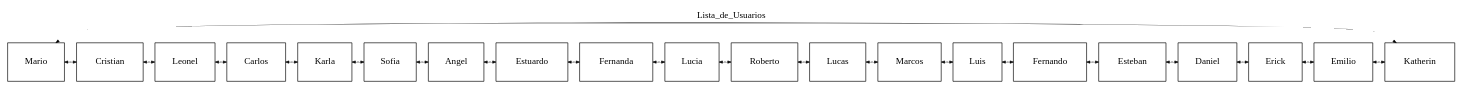
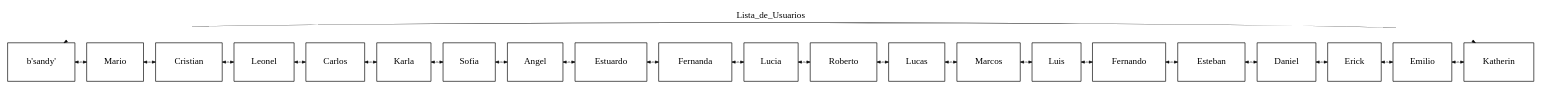
Before and after one commit to mariotun/EDD_1S2019_P1_201602942: the diagram in user_list.dot, drawn with Graphviz. The commit also changed 11 other files, not shown here.

```diff
--- a/user_list.dot
+++ b/user_list.dot
@@ -1,28 +1,29 @@
 digraph Lista_Simple{
  label=Lista_de_Usuarios; 
  labelloc=t; 
 node[margin=0.3 fontcolor=black shape=box];
 {rank=same;
- <Lista_Circular_doble.NodeLCD object at 0x7f71b76bceb8>[label="Mario"];
-<Lista_Circular_doble.NodeLCD object at 0x7f71b76bcef0>[label="Cristian"];
-<Lista_Circular_doble.NodeLCD object at 0x7f71b76bcf60>[label="Leonel"];
-<Lista_Circular_doble.NodeLCD object at 0x7f71b76bcfd0>[label="Carlos"];
-<Lista_Circular_doble.NodeLCD object at 0x7f71b76cb080>[label="Karla"];
-<Lista_Circular_doble.NodeLCD object at 0x7f71b76cb0f0>[label="Sofia"];
-<Lista_Circular_doble.NodeLCD object at 0x7f71b76cb160>[label="Angel"];
-<Lista_Circular_doble.NodeLCD object at 0x7f71b76cb1d0>[label="Estuardo"];
-<Lista_Circular_doble.NodeLCD object at 0x7f71b76cb208>[label="Fernanda"];
-<Lista_Circular_doble.NodeLCD object at 0x7f71b76cb240>[label="Lucia"];
-<Lista_Circular_doble.NodeLCD object at 0x7f71b76cb2e8>[label="Roberto"];
-<Lista_Circular_doble.NodeLCD object at 0x7f71b76cb320>[label="Lucas"];
-<Lista_Circular_doble.NodeLCD object at 0x7f71b76cb390>[label="Marcos"];
-<Lista_Circular_doble.NodeLCD object at 0x7f71b76cb400>[label="Luis"];
-<Lista_Circular_doble.NodeLCD object at 0x7f71b76cb470>[label="Fernando"];
-<Lista_Circular_doble.NodeLCD object at 0x7f71b76cb4e0>[label="Esteban"];
-<Lista_Circular_doble.NodeLCD object at 0x7f71b76cb518>[label="Daniel"];
-<Lista_Circular_doble.NodeLCD object at 0x7f71b76cb588>[label="Erick"];
-<Lista_Circular_doble.NodeLCD object at 0x7f71b76cb5f8>[label="Emilio"];
-<Lista_Circular_doble.NodeLCD object at 0x7f71b76cb668>[label="Katherin"];
-<Lista_Circular_doble.NodeLCD object at 0x7f71b76bceb8>-><Lista_Circular_doble.NodeLCD object at 0x7f71b76bcef0>-><Lista_Circular_doble.NodeLCD object at 0x7f71b76bcf60>-><Lista_Circular_doble.NodeLCD object at 0x7f71b76bcfd0>-><Lista_Circular_doble.NodeLCD object at 0x7f71b76cb080>-><Lista_Circular_doble.NodeLCD object at 0x7f71b76cb0f0>-><Lista_Circular_doble.NodeLCD object at 0x7f71b76cb160>-><Lista_Circular_doble.NodeLCD object at 0x7f71b76cb1d0>-><Lista_Circular_doble.NodeLCD object at 0x7f71b76cb208>-><Lista_Circular_doble.NodeLCD object at 0x7f71b76cb240>-><Lista_Circular_doble.NodeLCD object at 0x7f71b76cb2e8>-><Lista_Circular_doble.NodeLCD object at 0x7f71b76cb320>-><Lista_Circular_doble.NodeLCD object at 0x7f71b76cb390>-><Lista_Circular_doble.NodeLCD object at 0x7f71b76cb400>-><Lista_Circular_doble.NodeLCD object at 0x7f71b76cb470>-><Lista_Circular_doble.NodeLCD object at 0x7f71b76cb4e0>-><Lista_Circular_doble.NodeLCD object at 0x7f71b76cb518>-><Lista_Circular_doble.NodeLCD object at 0x7f71b76cb588>-><Lista_Circular_doble.NodeLCD object at 0x7f71b76cb5f8>-><Lista_Circular_doble.NodeLCD object at 0x7f71b76cb668>-><Lista_Circular_doble.NodeLCD object at 0x7f71b76bceb8>
+ <Lista_Circular_doble.NodeLCD object at 0x7fb0d9ca6c50>[label="b'sandy'"];
+<Lista_Circular_doble.NodeLCD object at 0x7fb0d9cb1160>[label="Mario"];
+<Lista_Circular_doble.NodeLCD object at 0x7fb0d9cb1198>[label="Cristian"];
+<Lista_Circular_doble.NodeLCD object at 0x7fb0d9cb1208>[label="Leonel"];
+<Lista_Circular_doble.NodeLCD object at 0x7fb0d9cb1278>[label="Carlos"];
+<Lista_Circular_doble.NodeLCD object at 0x7fb0d9cb12e8>[label="Karla"];
+<Lista_Circular_doble.NodeLCD object at 0x7fb0d9cb1358>[label="Sofia"];
+<Lista_Circular_doble.NodeLCD object at 0x7fb0d9cb13c8>[label="Angel"];
+<Lista_Circular_doble.NodeLCD object at 0x7fb0d9cb1438>[label="Estuardo"];
+<Lista_Circular_doble.NodeLCD object at 0x7fb0d9cb1470>[label="Fernanda"];
+<Lista_Circular_doble.NodeLCD object at 0x7fb0d9cb14a8>[label="Lucia"];
+<Lista_Circular_doble.NodeLCD object at 0x7fb0d9cb1550>[label="Roberto"];
+<Lista_Circular_doble.NodeLCD object at 0x7fb0d9cb1588>[label="Lucas"];
+<Lista_Circular_doble.NodeLCD object at 0x7fb0d9cb15f8>[label="Marcos"];
+<Lista_Circular_doble.NodeLCD object at 0x7fb0d9cb1668>[label="Luis"];
+<Lista_Circular_doble.NodeLCD object at 0x7fb0d9cb16d8>[label="Fernando"];
+<Lista_Circular_doble.NodeLCD object at 0x7fb0d9cb1748>[label="Esteban"];
+<Lista_Circular_doble.NodeLCD object at 0x7fb0d9cb1780>[label="Daniel"];
+<Lista_Circular_doble.NodeLCD object at 0x7fb0d9cb17f0>[label="Erick"];
+<Lista_Circular_doble.NodeLCD object at 0x7fb0d9cb1860>[label="Emilio"];
+<Lista_Circular_doble.NodeLCD object at 0x7fb0d9cb18d0>[label="Katherin"];
+<Lista_Circular_doble.NodeLCD object at 0x7fb0d9ca6c50>-><Lista_Circular_doble.NodeLCD object at 0x7fb0d9cb1160>-><Lista_Circular_doble.NodeLCD object at 0x7fb0d9cb1198>-><Lista_Circular_doble.NodeLCD object at 0x7fb0d9cb1208>-><Lista_Circular_doble.NodeLCD object at 0x7fb0d9cb1278>-><Lista_Circular_doble.NodeLCD object at 0x7fb0d9cb12e8>-><Lista_Circular_doble.NodeLCD object at 0x7fb0d9cb1358>-><Lista_Circular_doble.NodeLCD object at 0x7fb0d9cb13c8>-><Lista_Circular_doble.NodeLCD object at 0x7fb0d9cb1438>-><Lista_Circular_doble.NodeLCD object at 0x7fb0d9cb1470>-><Lista_Circular_doble.NodeLCD object at 0x7fb0d9cb14a8>-><Lista_Circular_doble.NodeLCD object at 0x7fb0d9cb1550>-><Lista_Circular_doble.NodeLCD object at 0x7fb0d9cb1588>-><Lista_Circular_doble.NodeLCD object at 0x7fb0d9cb15f8>-><Lista_Circular_doble.NodeLCD object at 0x7fb0d9cb1668>-><Lista_Circular_doble.NodeLCD object at 0x7fb0d9cb16d8>-><Lista_Circular_doble.NodeLCD object at 0x7fb0d9cb1748>-><Lista_Circular_doble.NodeLCD object at 0x7fb0d9cb1780>-><Lista_Circular_doble.NodeLCD object at 0x7fb0d9cb17f0>-><Lista_Circular_doble.NodeLCD object at 0x7fb0d9cb1860>-><Lista_Circular_doble.NodeLCD object at 0x7fb0d9cb18d0>-><Lista_Circular_doble.NodeLCD object at 0x7fb0d9ca6c50>
 [dir=both style=tapered arrowsize=0.5 penwidth=1 color=black];
 } }
```
